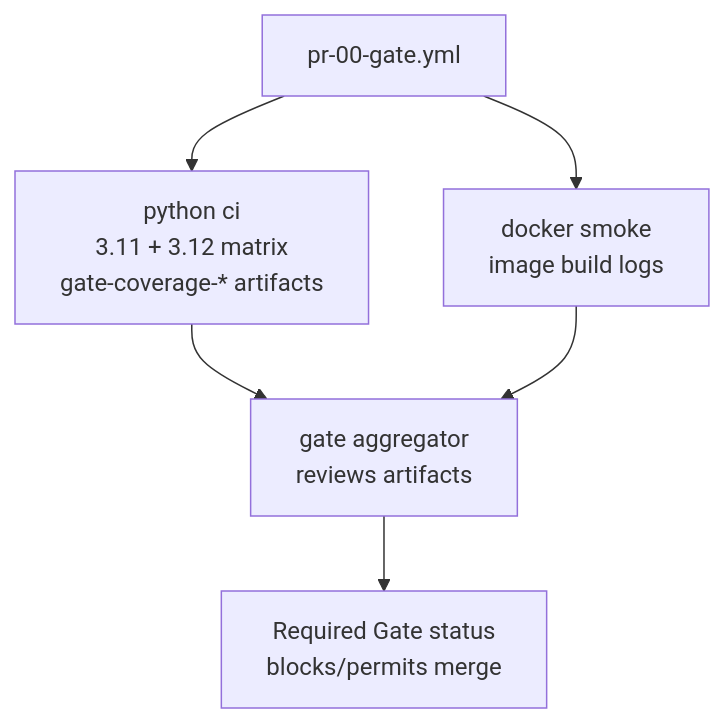
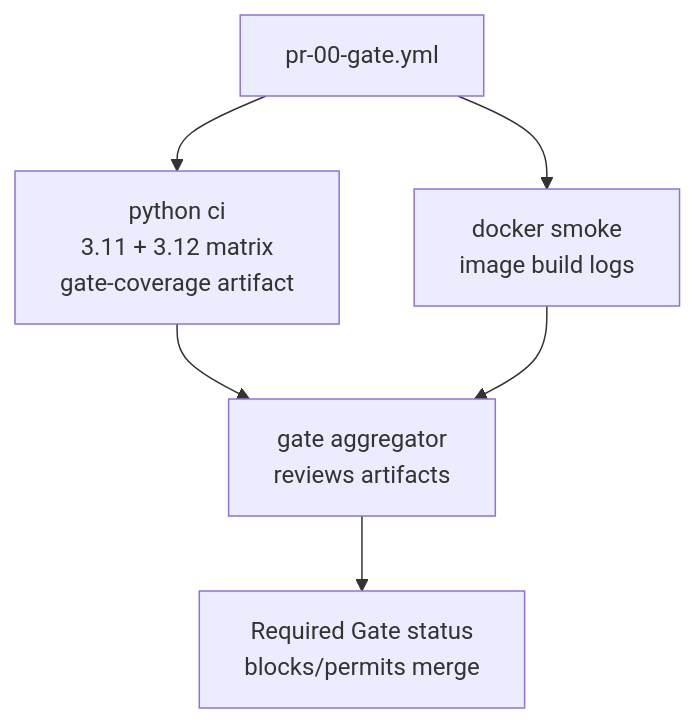
Before and after one commit to stranske/Trend_Model_Project: the second of 2 diagrams in docs/ci/WORKFLOWS.md, drawn with Mermaid. The commit also changed other lines of this file and 13 other files, not shown here.

Commit message:
refactor: collapse gate python matrix to single coverage artifact

````diff
--- a/docs/ci/WORKFLOWS.md
+++ b/docs/ci/WORKFLOWS.md
@@ -53,8 +53,8 @@
 ```mermaid
 flowchart TD
-    pr00["pr-00-gate.yml"] --> pythonCi["python ci\n3.11 + 3.12 matrix\n gate-coverage-* artifacts"]
+    pr00["pr-00-gate.yml"] --> pythonCi["python ci\n3.11 + 3.12 matrix\n gate-coverage artifact"]
     pr00 --> dockerSmoke["docker smoke\nimage build logs"]
     pythonCi --> gate["gate aggregator\nreviews artifacts"]
     dockerSmoke --> gate
     gate --> status["Required Gate status\nblocks/permits merge"]
 ```
````
